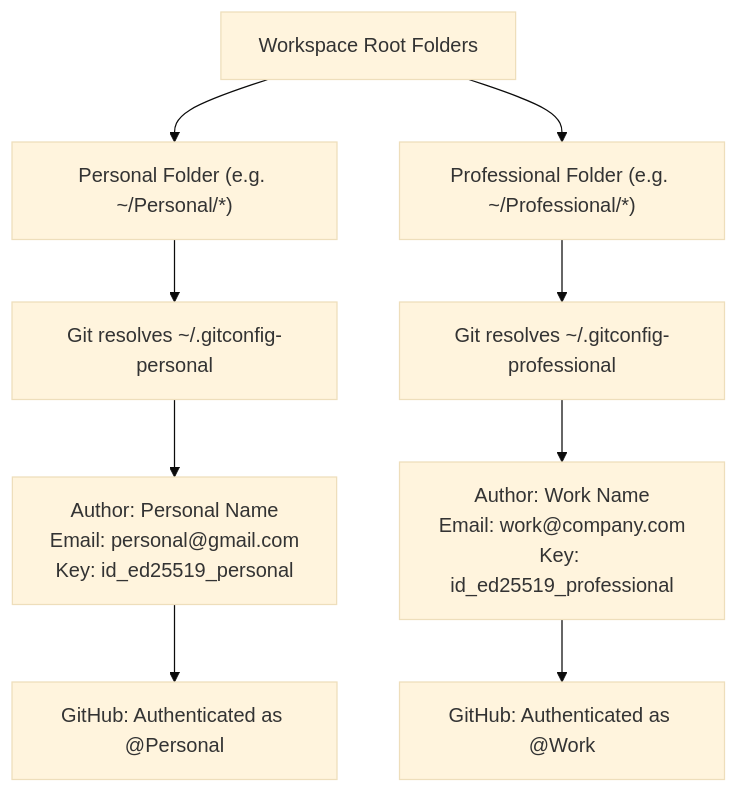
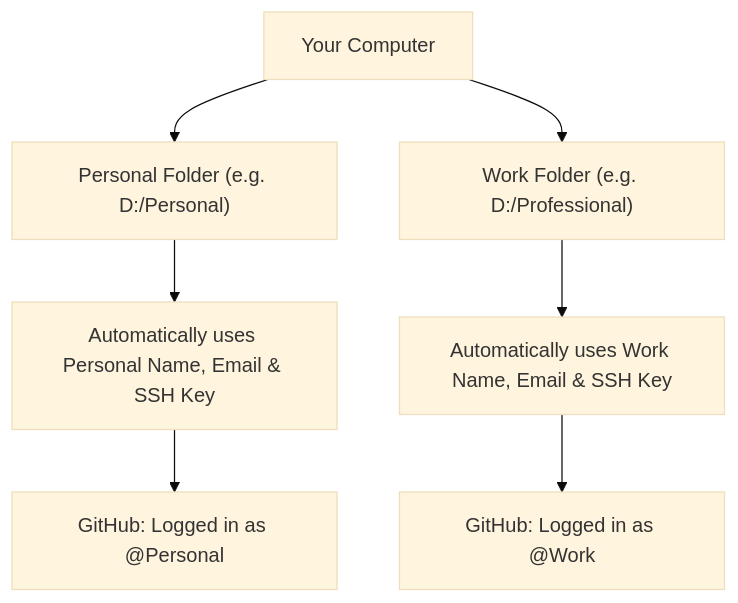
Before and after one commit to Optirius/github-account-manager: the diagram in README.md, drawn with Mermaid (base theme). The commit also changed other lines of this file and 8 other files, not shown here.

First line of the commit message:
feat: Enhance IDE integration by extracting GitHub accounts from JetBrains IDEs

````diff
--- a/README.md
+++ b/README.md
@@ -39,14 +23,11 @@
 ```mermaid
 graph TD
-    A["Workspace Root Folders"] --> B["Personal Folder (e.g. ~/Personal/*)"]
-    A --> C["Professional Folder (e.g. ~/Professional/*)"]
+    A["Your Computer"] --> B["Personal Folder (e.g. D:/Personal)"]
+    A --> C["Work Folder (e.g. D:/Professional)"]
 
-    B --> D["Git resolves ~/.gitconfig-personal"]
-    C --> E["Git resolves ~/.gitconfig-professional"]
+    B --> D["Automatically uses Personal Name, Email & SSH Key"]
+    C --> E["Automatically uses Work Name, Email & SSH Key"]
 
-    D --> F["Author: Personal Name<br/>Email: personal@gmail.com<br/>Key: id_ed25519_personal"]
-    E --> G["Author: Work Name<br/>Email: work@company.com<br/>Key: id_ed25519_professional"]
-
-    F --> H["GitHub: Authenticated as @Personal"]
-    G --> I["GitHub: Authenticated as @Work"]
+    D --> F["GitHub: Logged in as @Personal"]
+    E --> G["GitHub: Logged in as @Work"]
 ```
````
